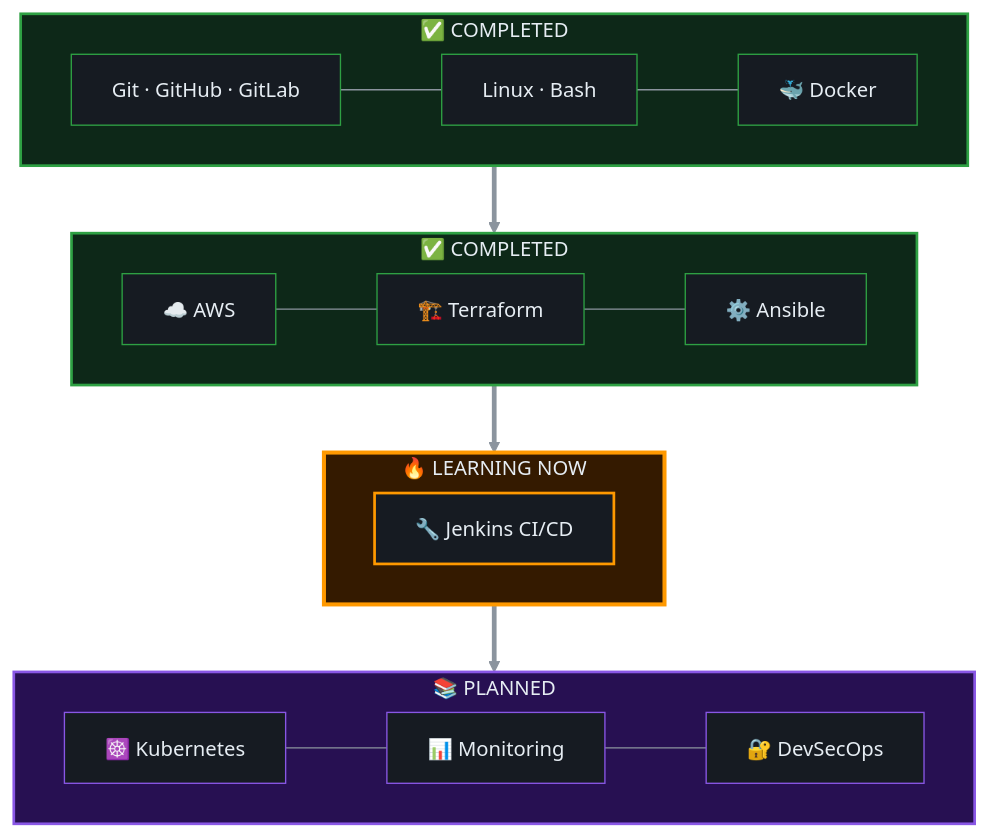
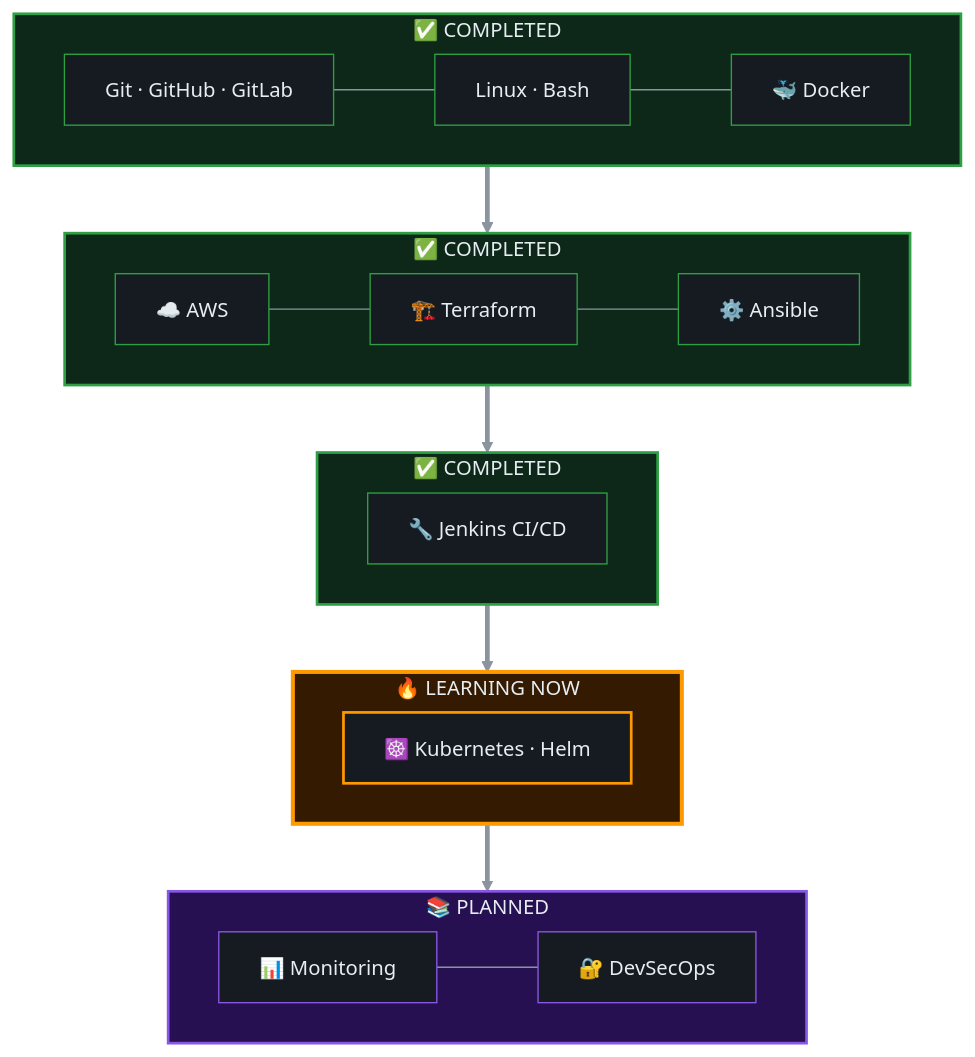
One commit to Khairullah-Ibrahim-Khail/Khairullah-Ibrahim-Khail changed the diagram in README.md. Above: the diagram before and after it, drawn with Mermaid. The commit also changed other lines of this file, not shown here.

First line of the commit message:
Fix the profile README and bring the DevOps roadmap up to date

````diff
--- a/README.md
+++ b/README.md
@@ -207,36 +257,41 @@
 ```mermaid
 %%{init: {'theme':'base','themeVariables':{'primaryColor':'#0d1117','primaryTextColor':'#e6edf3','primaryBorderColor':'#00d9ff','lineColor':'#8b949e','fontSize':'15px','fontFamily':'Segoe UI, sans-serif'},'flowchart':{'curve':'basis','nodeSpacing':40,'rankSpacing':50}}}%%
 flowchart TB
     subgraph F1["✅ COMPLETED"]
         direction LR
         A["Git · GitHub · GitLab"] --- B["Linux · Bash"] --- C["🐳 Docker"]
     end
     subgraph F2["✅ COMPLETED"]
         direction LR
         D["☁️ AWS"] --- E["🏗️ Terraform"] --- F["⚙️ Ansible"]
     end
-    subgraph F3["🔥 LEARNING NOW"]
+    subgraph F3["✅ COMPLETED"]
         direction LR
         G["🔧 Jenkins CI/CD"]
     end
-    subgraph F4["📚 PLANNED"]
+    subgraph F4["🔥 LEARNING NOW"]
         direction LR
-        H["☸️ Kubernetes"] --- I["📊 Monitoring"] --- J["🔐 DevSecOps"]
+        H["☸️ Kubernetes · Helm"]
     end
-    F1 ==> F2 ==> F3 ==> F4
+    subgraph F5["📚 PLANNED"]
+        direction LR
+        I["📊 Monitoring"] --- J["🔐 DevSecOps"]
+    end
+    F1 ==> F2 ==> F3 ==> F4 ==> F5
 
     style F1 fill:#0d2818,stroke:#2ea043,stroke-width:2px,color:#e6edf3
     style F2 fill:#0d2818,stroke:#2ea043,stroke-width:2px,color:#e6edf3
-    style F3 fill:#341a00,stroke:#ff9900,stroke-width:3px,color:#e6edf3
-    style F4 fill:#271052,stroke:#8957e5,stroke-width:2px,color:#e6edf3
+    style F3 fill:#0d2818,stroke:#2ea043,stroke-width:2px,color:#e6edf3
+    style F4 fill:#341a00,stroke:#ff9900,stroke-width:3px,color:#e6edf3
+    style F5 fill:#271052,stroke:#8957e5,stroke-width:2px,color:#e6edf3
     style A fill:#161b22,stroke:#2ea043,color:#e6edf3
     style B fill:#161b22,stroke:#2ea043,color:#e6edf3
     style C fill:#161b22,stroke:#2ea043,color:#e6edf3
     style D fill:#161b22,stroke:#2ea043,color:#e6edf3
     style E fill:#161b22,stroke:#2ea043,color:#e6edf3
     style F fill:#161b22,stroke:#2ea043,color:#e6edf3
-    style G fill:#161b22,stroke:#ff9900,stroke-width:2px,color:#e6edf3
-    style H fill:#161b22,stroke:#8957e5,color:#e6edf3
+    style G fill:#161b22,stroke:#2ea043,color:#e6edf3
+    style H fill:#161b22,stroke:#ff9900,stroke-width:2px,color:#e6edf3
     style I fill:#161b22,stroke:#8957e5,color:#e6edf3
     style J fill:#161b22,stroke:#8957e5,color:#e6edf3
 ```
````
